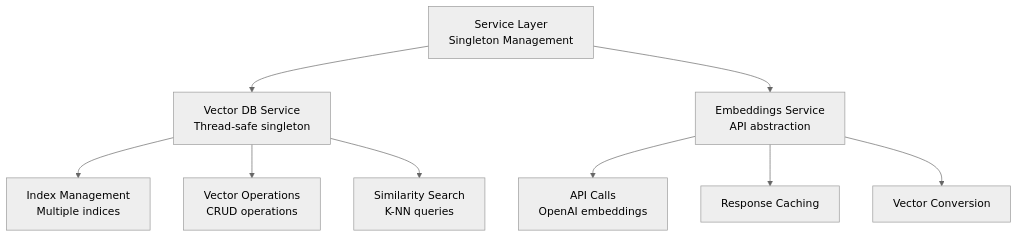
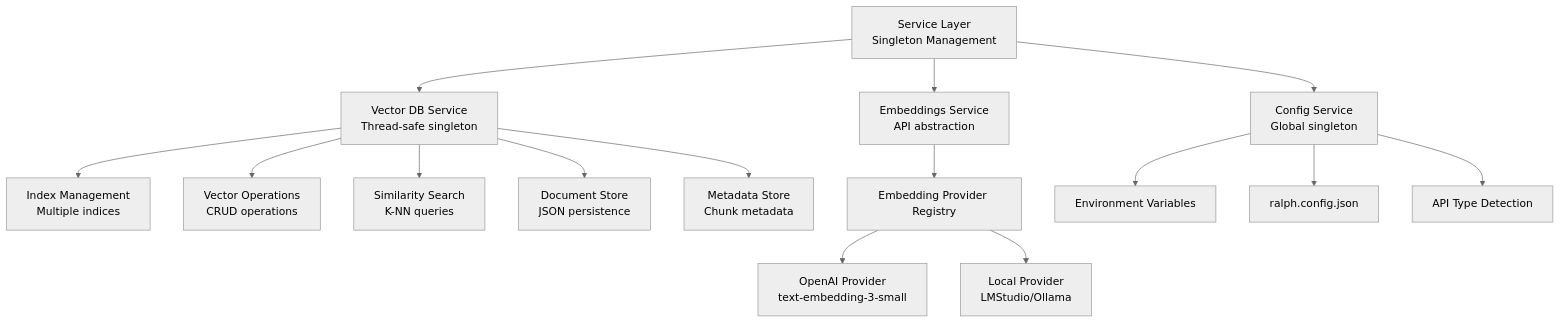
One commit to tgittos/scaffold changed the fifth of 12 diagrams in ARCHITECTURE.md. Above: the diagram before and after it, drawn with Mermaid (neutral theme). The commit also changed other lines of this file and 5 other files, not shown here.

````diff
--- a/ARCHITECTURE.md
+++ b/ARCHITECTURE.md
@@ -209,13 +241,20 @@
 ```mermaid
 graph TB
     Services[Service Layer<br/>Singleton Management] --> VectorDBSvc[Vector DB Service<br/>Thread-safe singleton]
     Services --> EmbeddingsSvc[Embeddings Service<br/>API abstraction]
-    
+    Services --> ConfigSvc[Config Service<br/>Global singleton]
+
     VectorDBSvc --> IndexMgmt[Index Management<br/>Multiple indices]
     VectorDBSvc --> VectorOps[Vector Operations<br/>CRUD operations]
     VectorDBSvc --> Search[Similarity Search<br/>K-NN queries]
-    
-    EmbeddingsSvc --> APICall[API Calls<br/>OpenAI embeddings]
-    EmbeddingsSvc --> Caching[Response Caching]
-    EmbeddingsSvc --> VectorConversion[Vector Conversion]
+    VectorDBSvc --> DocStore[Document Store<br/>JSON persistence]
+    VectorDBSvc --> MetaStore[Metadata Store<br/>Chunk metadata]
+
+    EmbeddingsSvc --> EmbedRegistry[Embedding Provider Registry]
+    EmbedRegistry --> OpenAIEmbed[OpenAI Provider<br/>text-embedding-3-small]
+    EmbedRegistry --> LocalEmbed[Local Provider<br/>LMStudio/Ollama]
+
+    ConfigSvc --> EnvVars[Environment Variables]
+    ConfigSvc --> ConfigFile[ralph.config.json]
+    ConfigSvc --> APIDetection[API Type Detection]
 ```
````
